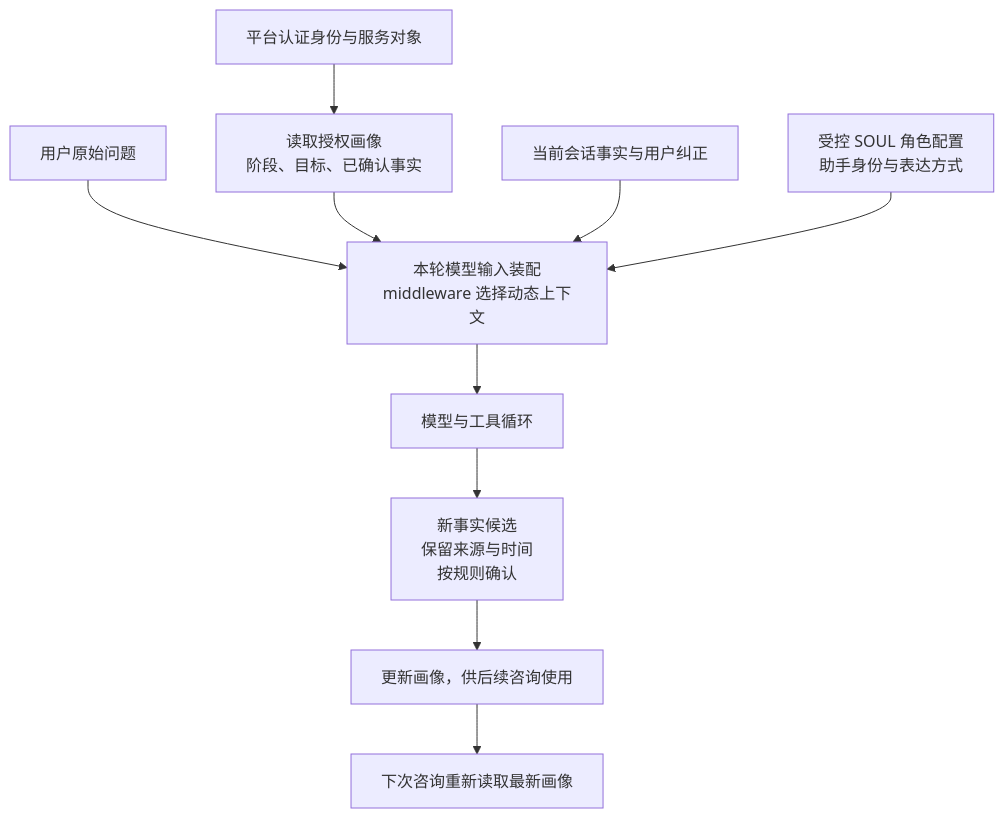
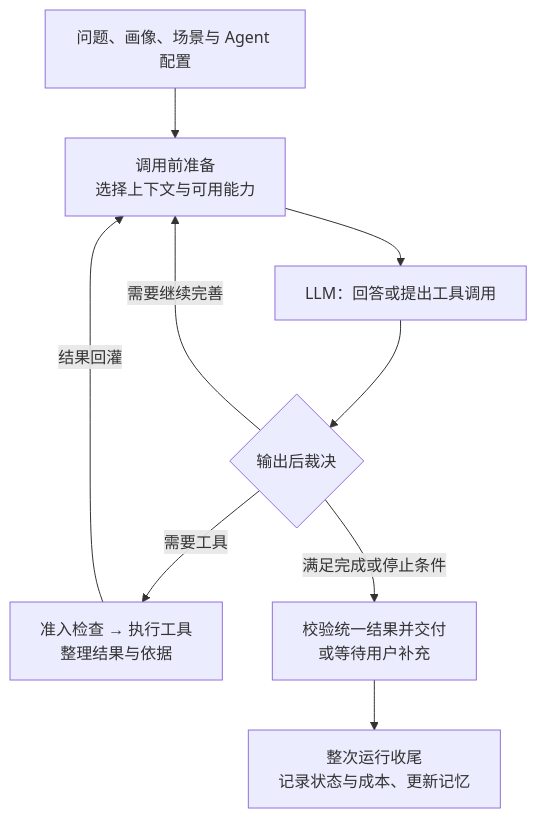
Before and after one commit to heart-scalpel/toolkit: the second of 3 diagrams in docs/medical-engine-harness/README.md, drawn with Mermaid. The commit also changed other lines of this file and 1 other file, not shown here.

````diff
--- a/docs/medical-engine-harness/README.md
+++ b/docs/medical-engine-harness/README.md
@@ -56,12 +88,11 @@
 ```mermaid
 flowchart TD
-  I["平台认证身份与服务对象"] --> D["读取授权画像<br/>阶段、目标、已确认事实"]
-  Q["用户原始问题"] --> C["本轮模型输入装配<br/>middleware 选择动态上下文"]
-  D --> C
-  H["当前会话事实与用户纠正"] --> C
-  S["受控 SOUL 角色配置<br/>助手身份与表达方式"] --> C
-  C --> R["模型与工具循环"]
-  R --> N["新事实候选<br/>保留来源与时间<br/>按规则确认"]
-  N --> W["更新画像，供后续咨询使用"]
-  W --> X["下次咨询重新读取最新画像"]
+  I["问题、画像、场景与 Agent 配置"] --> P["调用前准备<br/>选择上下文与可用能力"]
+  P --> L["LLM：回答或提出工具调用"]
+  L --> D{"输出后裁决"}
+  D -->|需要工具| T["准入检查 → 执行工具<br/>整理结果与依据"]
+  T -->|结果回灌| P
+  D -->|需要继续完善| P
+  D -->|满足完成或停止条件| O["校验统一结果并交付<br/>或等待用户补充"]
+  O --> F["整次运行收尾<br/>记录状态与成本、更新记忆"]
 ```
````
